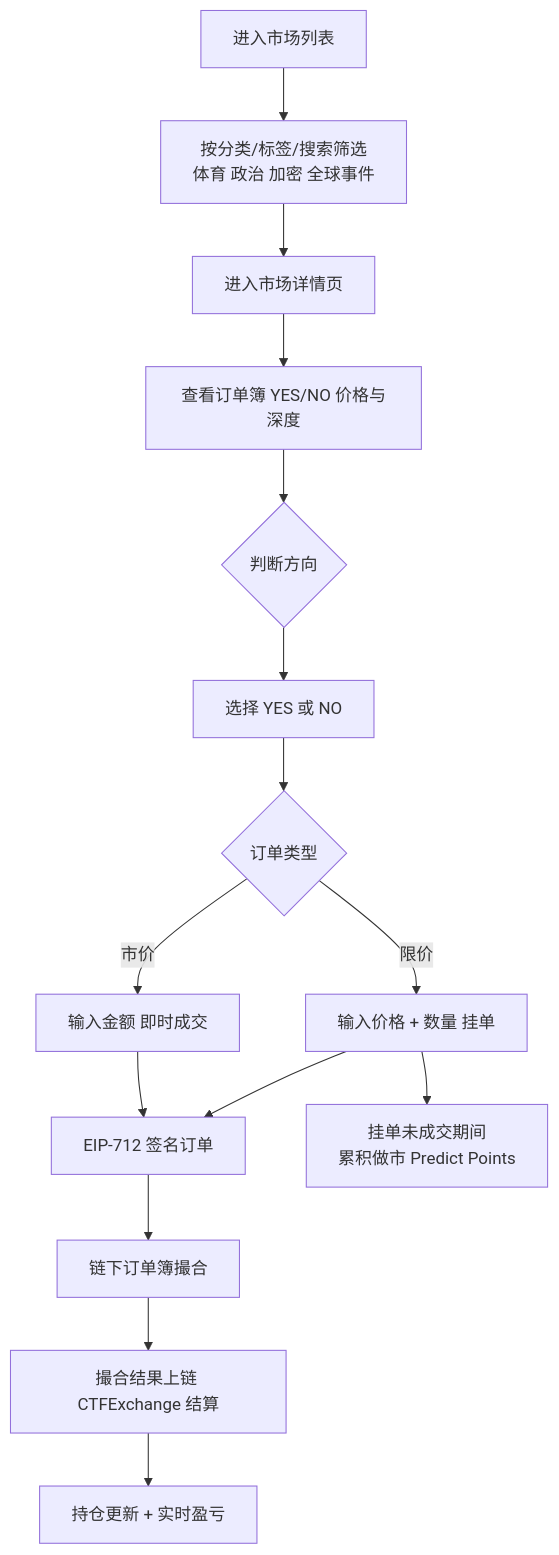
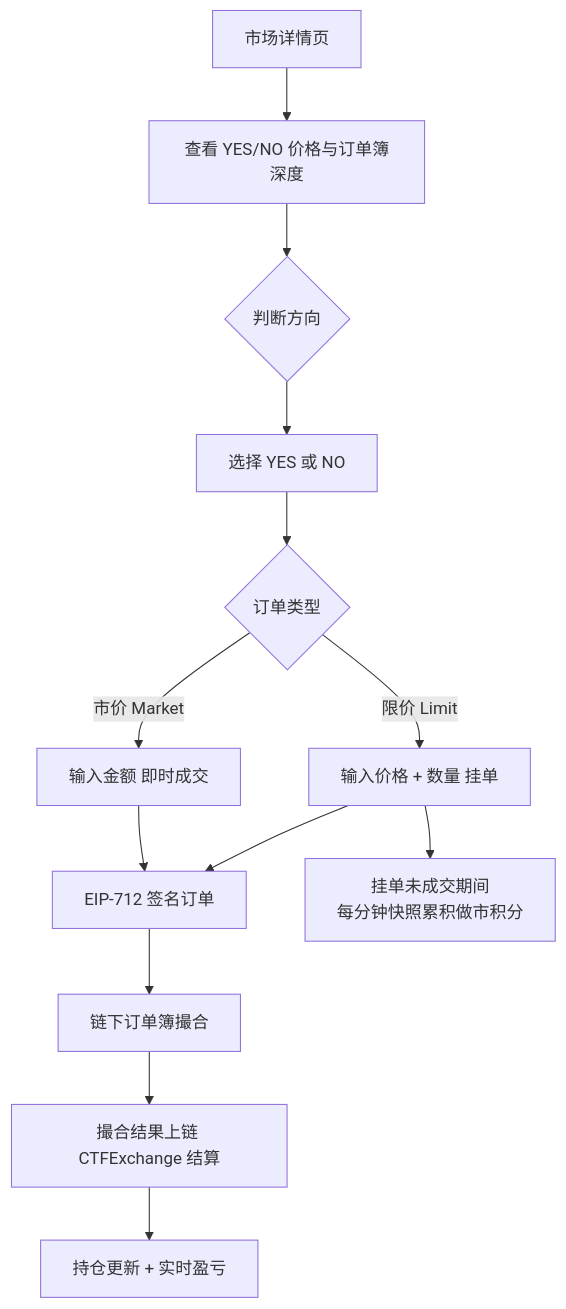
Before and after one commit to survivorff/predictfun_design: the eighth of 13 diagrams in research/04_user_experience/analysis.md, drawn with Mermaid. The commit also changed other lines of this file and 11 other files, not shown here.

````diff
--- a/research/04_user_experience/analysis.md
+++ b/research/04_user_experience/analysis.md
@@ -92,17 +149,15 @@
 ```mermaid
 flowchart TD
-    A[进入市场列表] --> B[按分类/标签/搜索筛选<br/>体育 政治 加密 全球事件]
-    B --> C[进入市场详情页]
-    C --> D[查看订单簿 YES/NO 价格与深度]
-    D --> E{判断方向}
-    E --> F[选择 YES 或 NO]
-    F --> G{订单类型}
-    G -->|市价| H[输入金额 即时成交]
-    G -->|限价| I[输入价格 + 数量 挂单]
-    H --> J[EIP-712 签名订单]
-    I --> J
-    J --> K[链下订单簿撮合]
-    K --> L[撮合结果上链 CTFExchange 结算]
-    L --> M[持仓更新 + 实时盈亏]
-    I --> N[挂单未成交期间<br/>累积做市 Predict Points]
+    A[市场详情页] --> B[查看 YES/NO 价格与订单簿深度]
+    B --> C{判断方向}
+    C --> D[选择 YES 或 NO]
+    D --> E{订单类型}
+    E -->|市价 Market| F[输入金额 即时成交]
+    E -->|限价 Limit| G[输入价格 + 数量 挂单]
+    F --> H[EIP-712 签名订单]
+    G --> H
+    H --> I[链下订单簿撮合]
+    I --> J[撮合结果上链 CTFExchange 结算]
+    J --> K[持仓更新 + 实时盈亏]
+    G --> L[挂单未成交期间<br/>每分钟快照累积做市积分]
 ```
````
